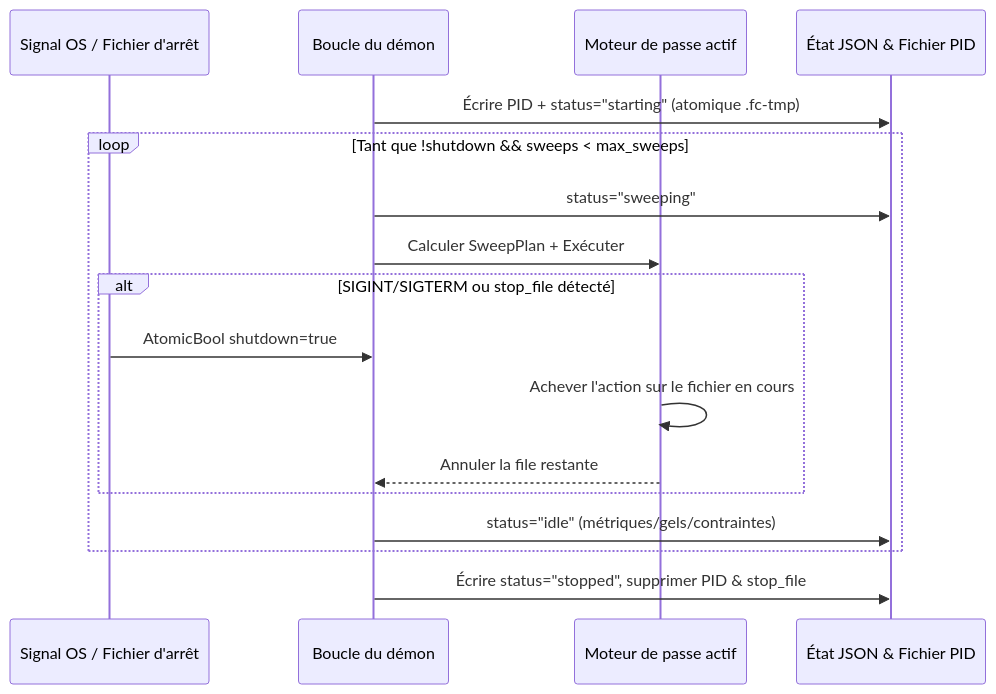
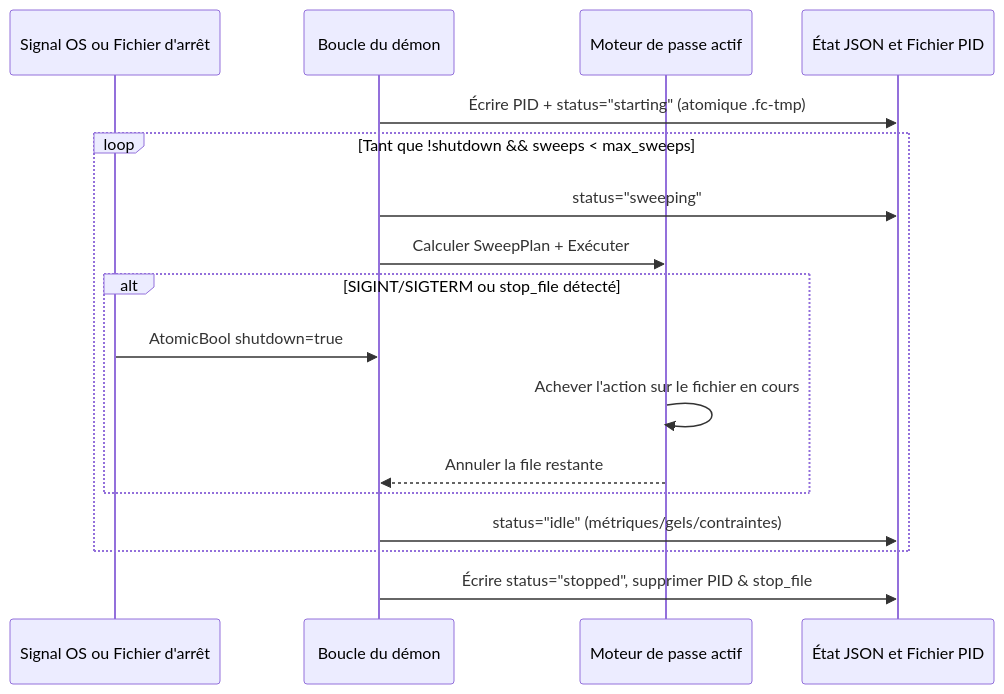
One commit to jmrenouard/FileCleaner changed the third of 3 diagrams in docs/fr/SPECIFICATIONS.md. Above: the diagram before and after it, drawn with Mermaid. The commit also changed other lines of this file and 43 other files, not shown here.

Commit message:
docs: separate EN/FR MkDocs sites, add French Diataxis tree, and verify Mermaid & E2E docs (#40)

````diff
--- a/docs/fr/SPECIFICATIONS.md
+++ b/docs/fr/SPECIFICATIONS.md
@@ -834,20 +834,20 @@
 ```mermaid
 sequenceDiagram
-    participant OS as Signal OS / Fichier d'arrêt
+    participant OS as Signal OS ou Fichier d'arrêt
     participant D as Boucle du démon
     participant E as Moteur de passe actif
-    participant S as État JSON & Fichier PID
+    participant S as État JSON et Fichier PID
 
     D->>S: Écrire PID + status="starting" (atomique .fc-tmp)
     loop Tant que !shutdown && sweeps < max_sweeps
         D->>S: status="sweeping"
         D->>E: Calculer SweepPlan + Exécuter
         alt SIGINT/SIGTERM ou stop_file détecté
             OS->>D: AtomicBool shutdown=true
             E->>E: Achever l'action sur le fichier en cours
             E-->>D: Annuler la file restante
         end
         D->>S: status="idle" (métriques/gels/contraintes)
     end
     D->>S: Écrire status="stopped", supprimer PID & stop_file
 ```
````
